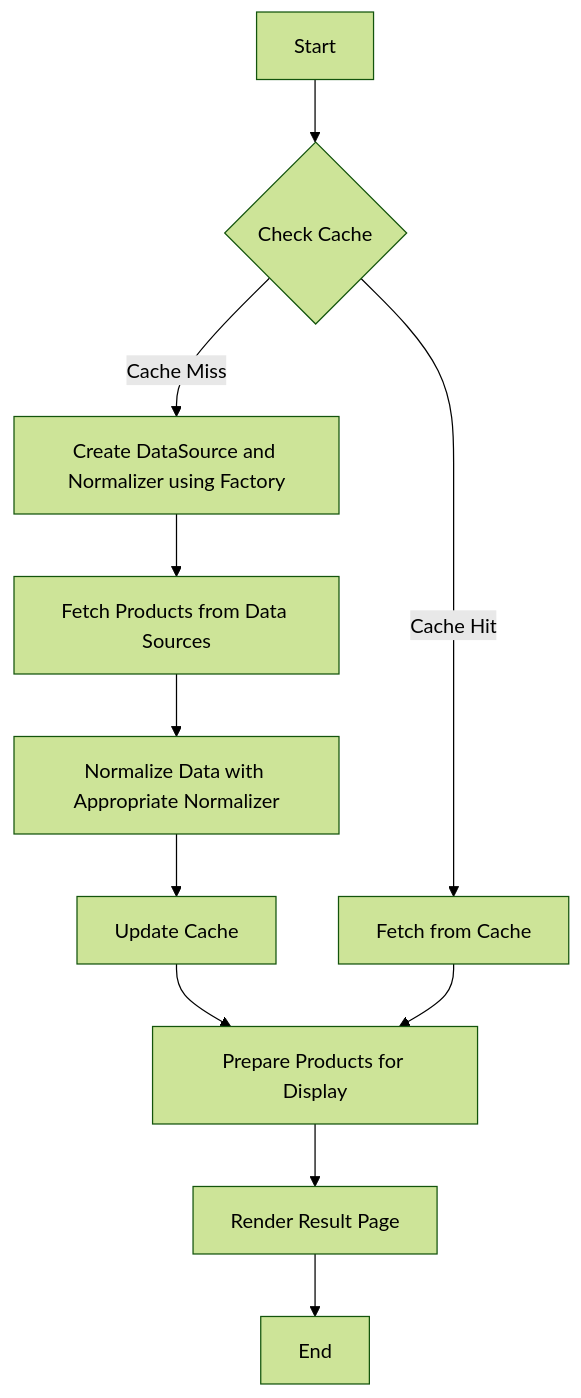
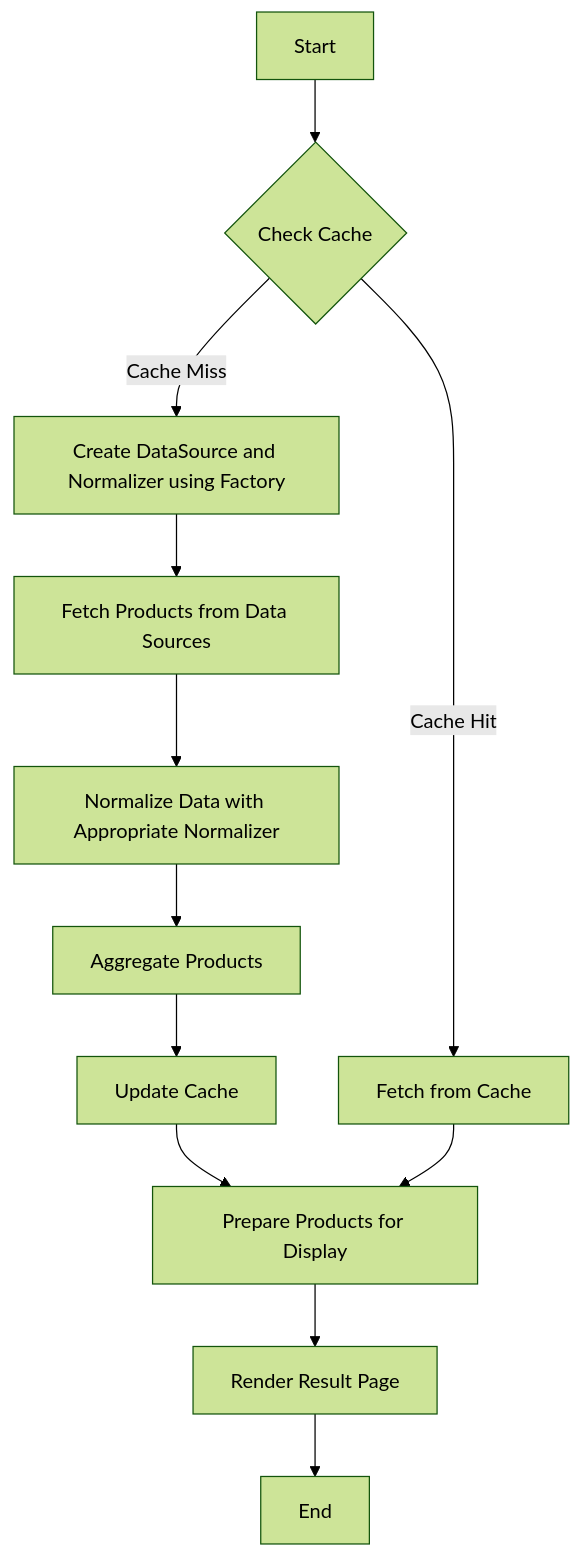
The third of 3 diagrams in README.md (mithredate/factory-of-products), drawn with Mermaid (forest theme) before and after one commit. The commit also changed other lines of this file, not shown here.

````diff
--- a/README.md
+++ b/README.md
@@ -104,14 +124,15 @@
 ```mermaid
 
 flowchart TD
     A[Start] --> B{Check Cache}
     B -->|Cache Hit| C[Fetch from Cache]
     B -->|Cache Miss| D[Create DataSource and Normalizer using Factory]
     D --> E[Fetch Products from Data Sources]
     E --> F[Normalize Data with Appropriate Normalizer]
-    F --> G[Update Cache]
-    G --> H[Prepare Products for Display]
-    C --> H
-    H --> I[Render Result Page]
-    I --> J[End]
+    F --> G[Aggregate Products]
+    G --> H[Update Cache]
+    H --> I[Prepare Products for Display]
+    C --> I
+    I --> J[Render Result Page]
+    J --> K[End]
 ```
````
